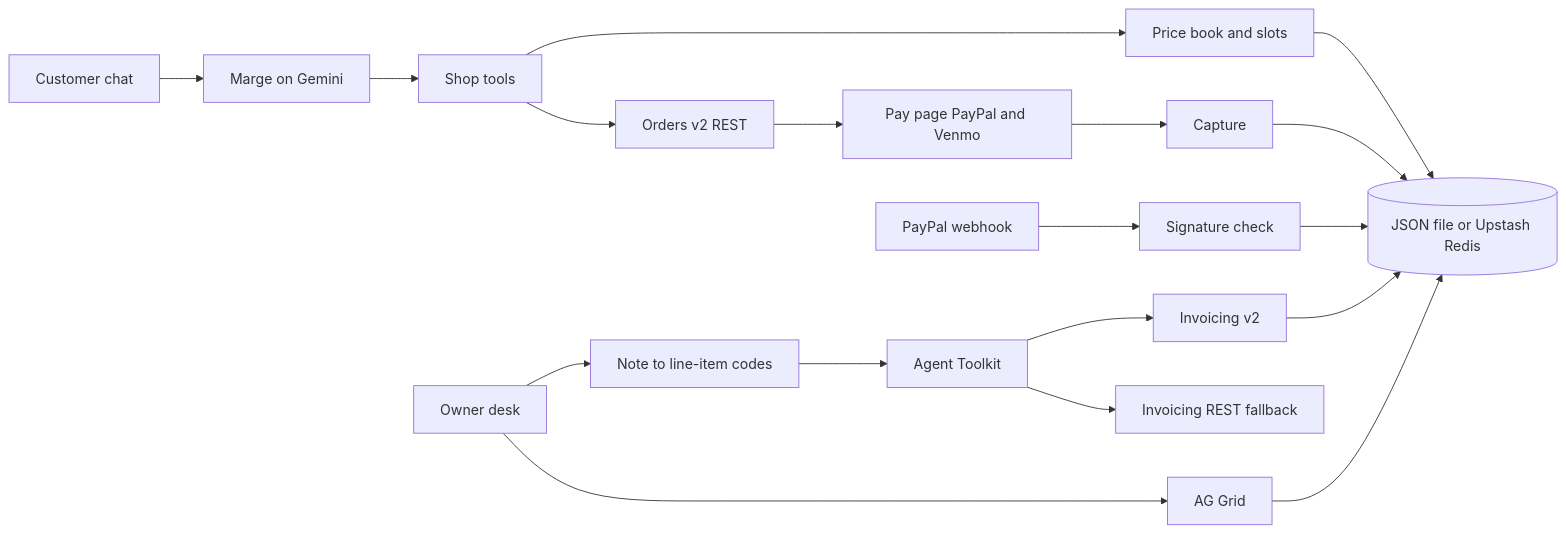
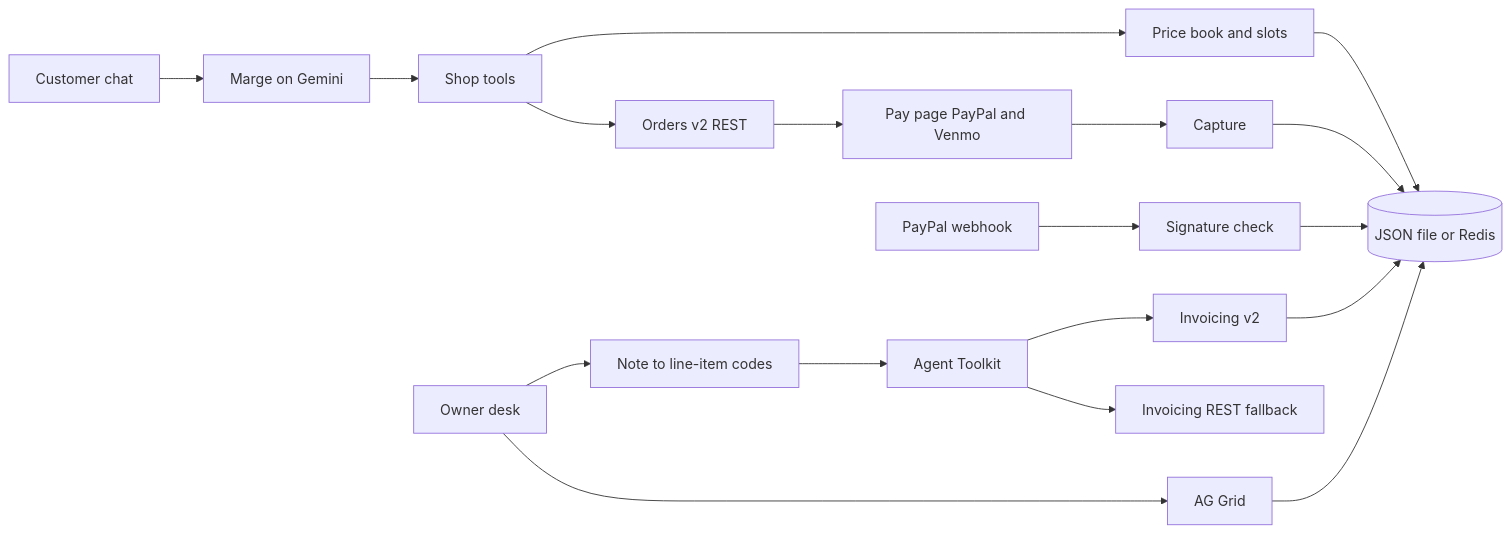
Before and after one commit to JaStaxks/marge-gets-paid: the diagram in README.md, drawn with Mermaid. The commit also changed other lines of this file and 12 other files, not shown here.

First line of the commit message:
Store jobs over REDIS_URL with a TCP Redis client.

````diff
--- a/README.md
+++ b/README.md
@@ -68,20 +68,20 @@
 ```mermaid
 flowchart LR
   chat[Customer chat] --> marge[Marge on Gemini]
   marge --> tools[Shop tools]
   tools --> book[Price book and slots]
   tools --> orders[Orders v2 REST]
   owner[Owner desk] --> invoiceAi[Note to line-item codes]
   invoiceAi --> toolkit[Agent Toolkit]
   toolkit --> invoices[Invoicing v2]
   toolkit --> restFallback[Invoicing REST fallback]
   orders --> pay[Pay page PayPal and Venmo]
   pay --> capture[Capture]
   paypal[PayPal webhook] --> verify[Signature check]
-  verify --> store[(JSON file or Upstash Redis)]
+  verify --> store[(JSON file or Redis)]
   capture --> store
   book --> store
   invoices --> store
   owner --> grid[AG Grid]
   grid --> store
 ```
````
